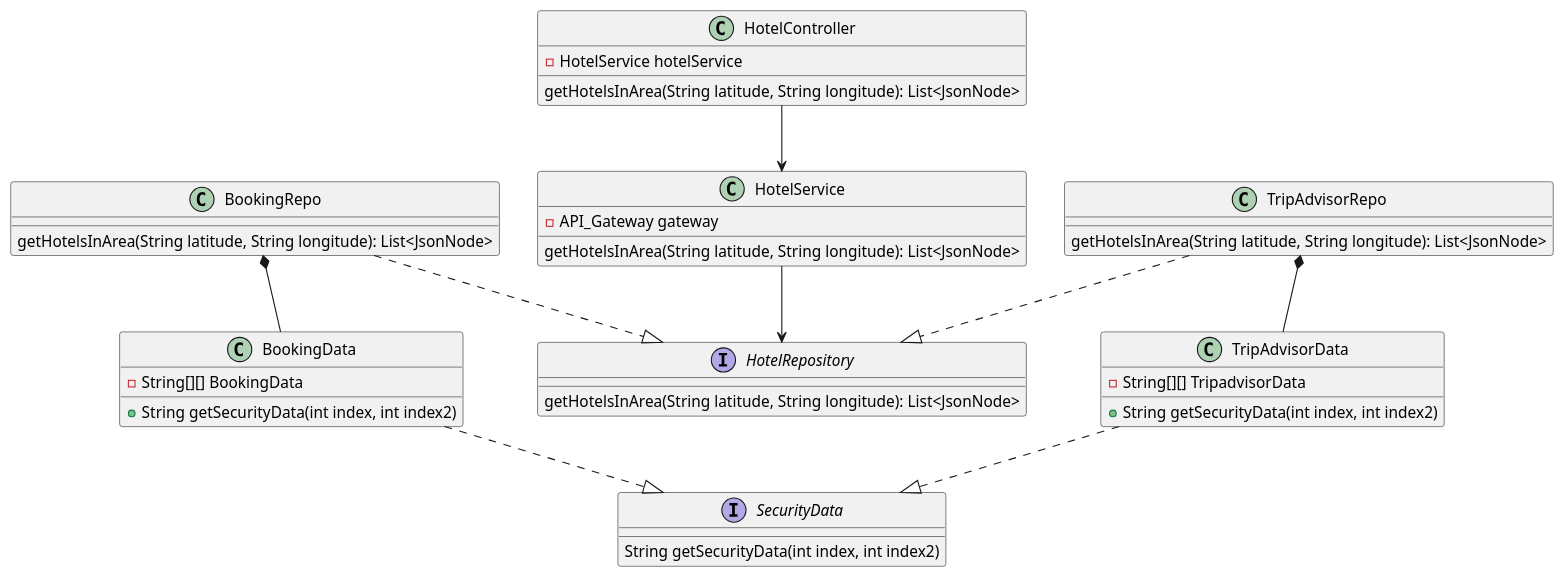
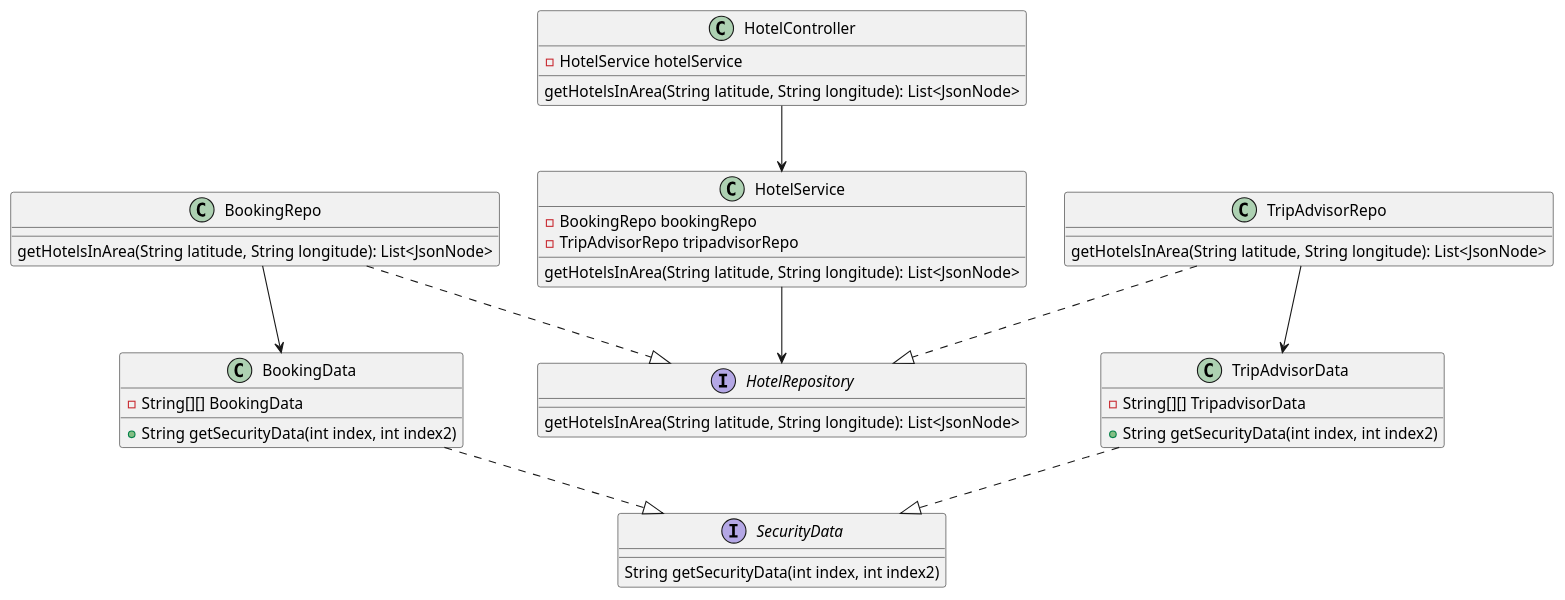
One commit to AIM-ENE-feb25/triptop-jrn changed the diagram in huiswerkNiels/huiswerkAPI/src/main/java/com/example/huiswerkAPI/Class_diagram_onderzoeksvraag.puml. Above: the diagram before and after it, drawn with PlantUML. The commit also changed 5 other files, not shown here.

Commit message:
SGB update (component diagram, dynamic diagram, sequence diagram, class diagram))

```diff
--- a/huiswerkNiels/huiswerkAPI/src/main/java/com/example/huiswerkAPI/Class_diagram_onderzoeksvraag.puml
+++ b/huiswerkNiels/huiswerkAPI/src/main/java/com/example/huiswerkAPI/Class_diagram_onderzoeksvraag.puml
@@ -1,50 +1,51 @@
 @startuml
 'https://plantuml.com/class-diagram
 
 class HotelController {
     - HotelService hotelService
     getHotelsInArea(String latitude, String longitude): List<JsonNode>
 }
 
 class HotelService{
-    - API_Gateway gateway
+    - BookingRepo bookingRepo
+    - TripAdvisorRepo tripadvisorRepo
     getHotelsInArea(String latitude, String longitude): List<JsonNode>
 }
 
 interface HotelRepository {
     getHotelsInArea(String latitude, String longitude): List<JsonNode>
 }
 
 class BookingRepo {
     getHotelsInArea(String latitude, String longitude): List<JsonNode>
 }
 
 class TripAdvisorRepo {
     getHotelsInArea(String latitude, String longitude): List<JsonNode>
 }
 
 interface SecurityData{
 String getSecurityData(int index, int index2)
 }
 
 class BookingData{
 - String[][] BookingData
 + String getSecurityData(int index, int index2)
 }
 
 class TripAdvisorData{
 - String[][] TripadvisorData
 + String getSecurityData(int index, int index2)
 }
 
 HotelController --> HotelService
 HotelService --> HotelRepository
 BookingRepo ..|> HotelRepository
 TripAdvisorRepo ..|> HotelRepository
 BookingData ..|> SecurityData
 TripAdvisorData ..|> SecurityData
-BookingRepo *-- BookingData
-TripAdvisorRepo *-- TripAdvisorData
+BookingRepo --> BookingData
+TripAdvisorRepo --> TripAdvisorData
 
 
 @enduml
```
